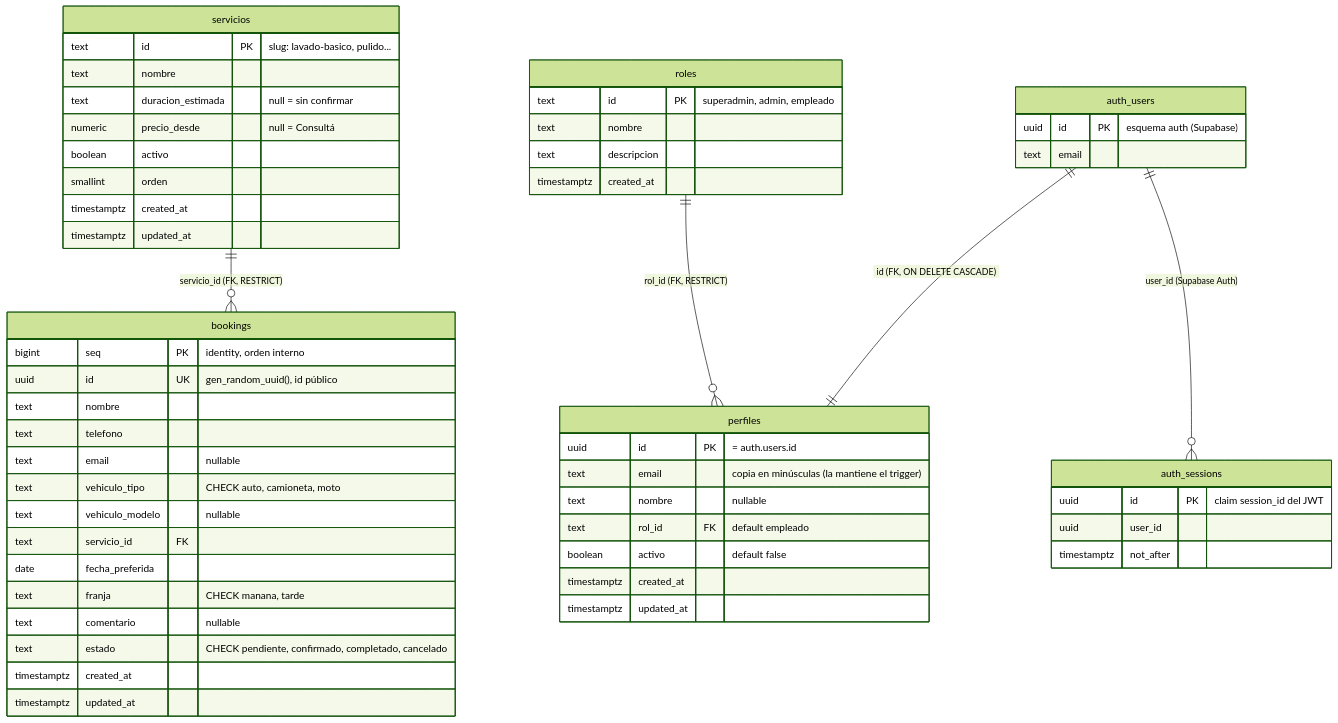
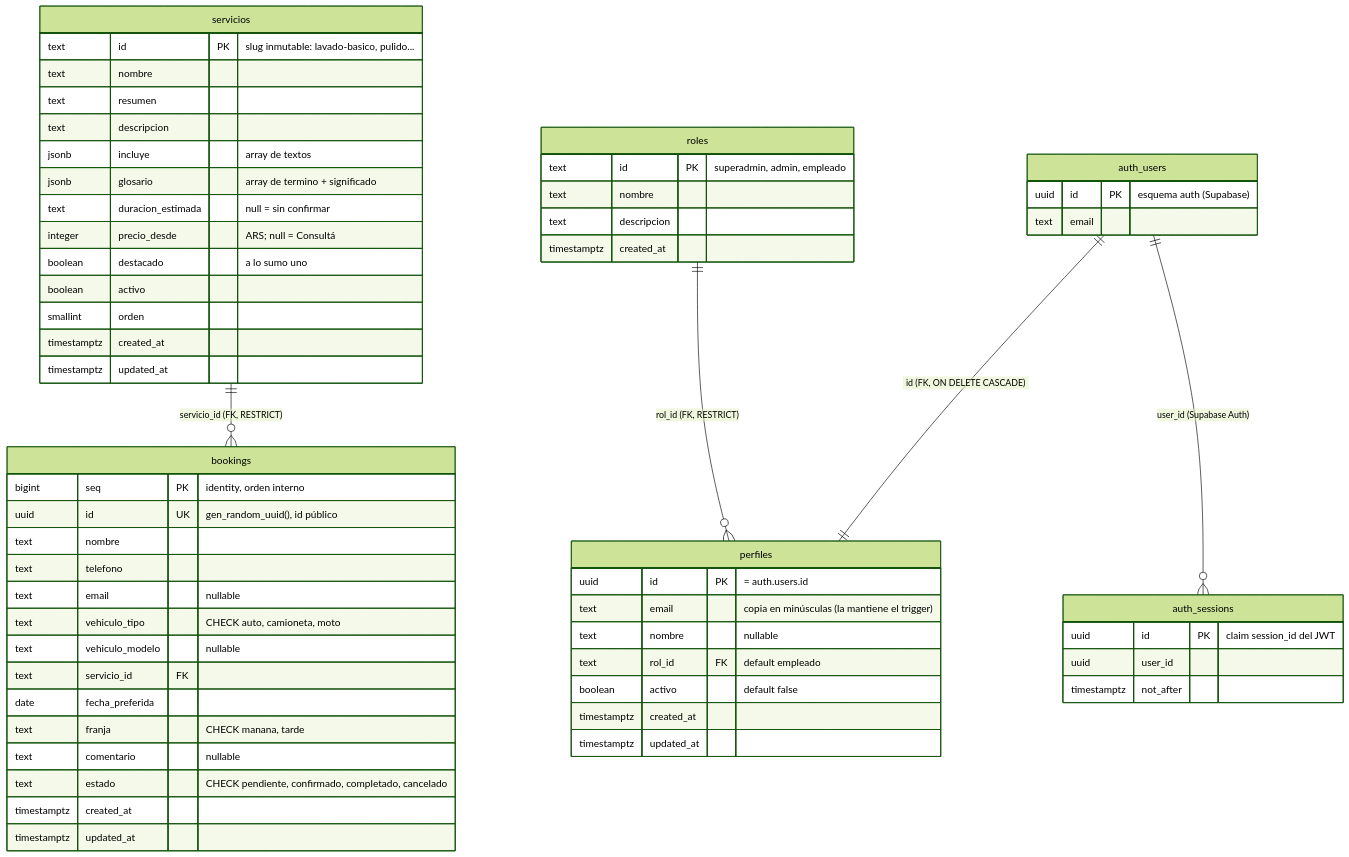
Before and after one commit to MateoGimenez/MgDetail: the diagram in backend/README.md, drawn with Mermaid (forest theme). The commit also changed other lines of this file and 71 other files, not shown here.

````diff
--- a/backend/README.md
+++ b/backend/README.md
@@ -133,58 +136,63 @@
 ```mermaid
 erDiagram
     servicios ||--o{ bookings : "servicio_id (FK, RESTRICT)"
     auth_users ||--|| perfiles : "id (FK, ON DELETE CASCADE)"
     roles ||--o{ perfiles : "rol_id (FK, RESTRICT)"
     auth_users ||--o{ auth_sessions : "user_id (Supabase Auth)"
 
     servicios {
-        text id PK "slug: lavado-basico, pulido..."
+        text id PK "slug inmutable: lavado-basico, pulido..."
         text nombre
+        text resumen
+        text descripcion
+        jsonb incluye "array de textos"
+        jsonb glosario "array de termino + significado"
         text duracion_estimada "null = sin confirmar"
-        numeric precio_desde "null = Consultá"
+        integer precio_desde "ARS; null = Consultá"
+        boolean destacado "a lo sumo uno"
         boolean activo
         smallint orden
         timestamptz created_at
         timestamptz updated_at
     }
     bookings {
         bigint seq PK "identity, orden interno"
         uuid id UK "gen_random_uuid(), id público"
         text nombre
         text telefono
         text email "nullable"
         text vehiculo_tipo "CHECK auto, camioneta, moto"
         text vehiculo_modelo "nullable"
         text servicio_id FK
         date fecha_preferida
         text franja "CHECK manana, tarde"
         text comentario "nullable"
         text estado "CHECK pendiente, confirmado, completado, cancelado"
         timestamptz created_at
         timestamptz updated_at
     }
     roles {
         text id PK "superadmin, admin, empleado"
         text nombre
         text descripcion
         timestamptz created_at
     }
     perfiles {
         uuid id PK "= auth.users.id"
         text email "copia en minúsculas (la mantiene el trigger)"
         text nombre "nullable"
         text rol_id FK "default empleado"
         boolean activo "default false"
         timestamptz created_at
         timestamptz updated_at
     }
     auth_users {
         uuid id PK "esquema auth (Supabase)"
         text email
     }
     auth_sessions {
         uuid id PK "claim session_id del JWT"
         uuid user_id
         timestamptz not_after
     }
 ```
````
